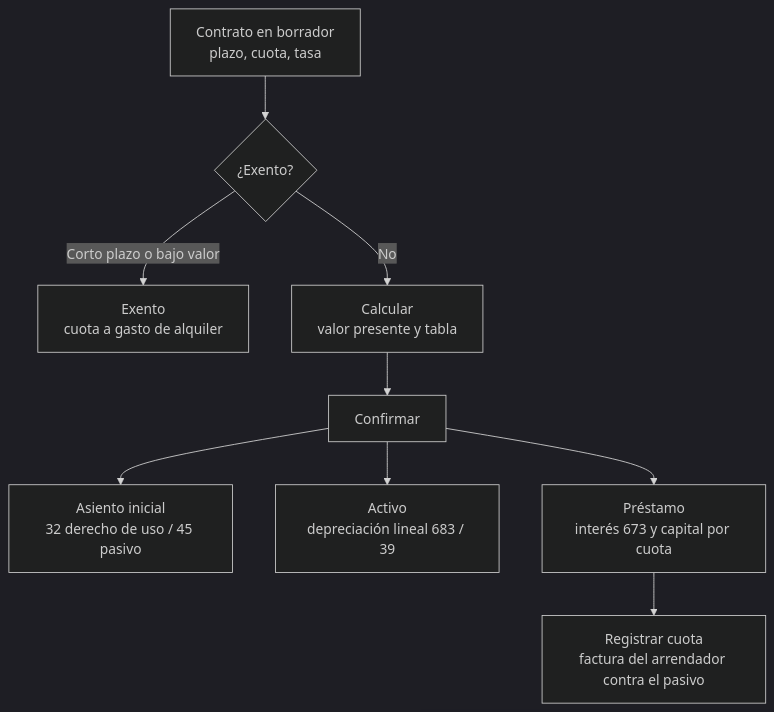
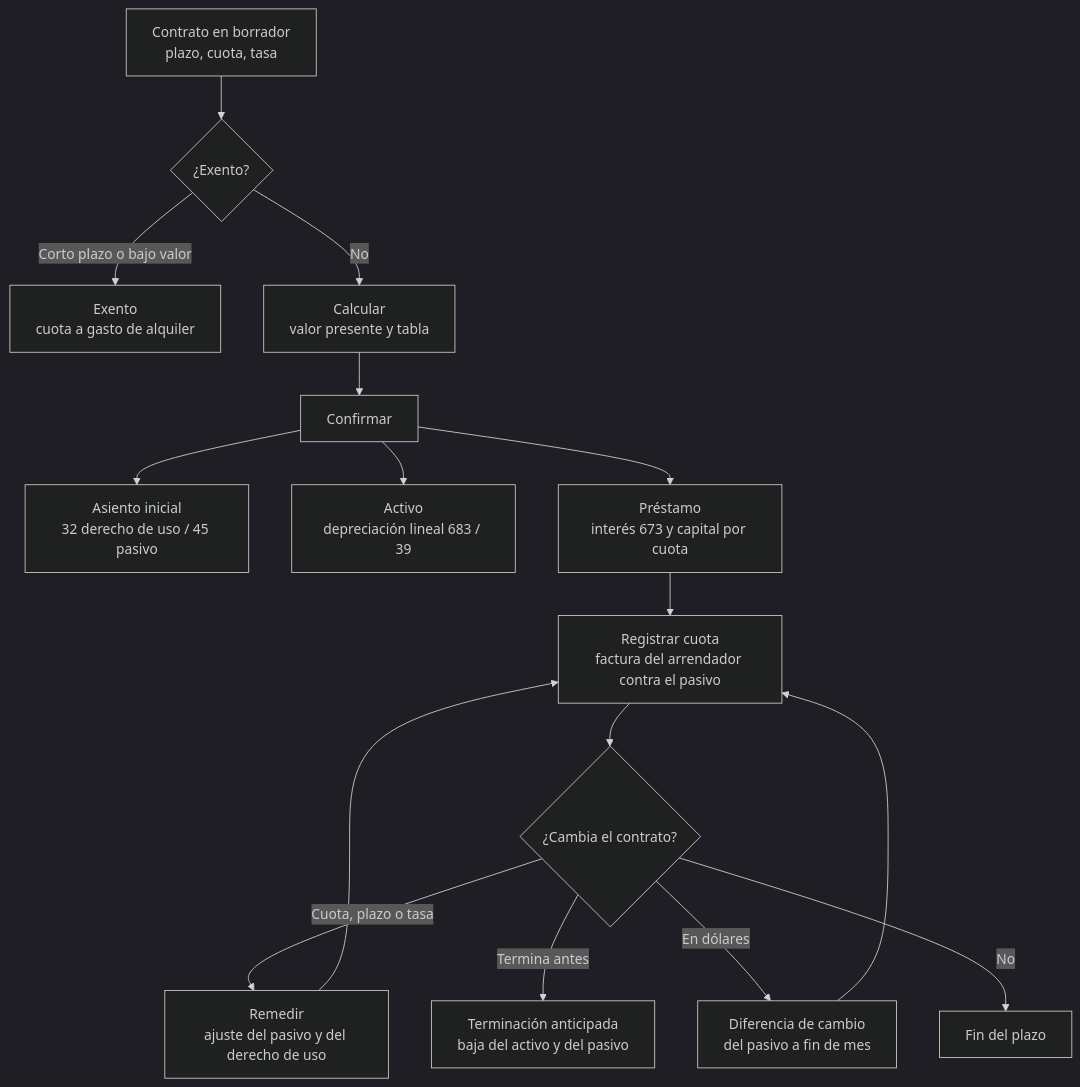
The diagram in OL-ACCOUNTING/al_l10n_pe_lease/static/description/diagramas/arrendamiento.mmd (olanoit/ol_new_apps), drawn with Mermaid (dark theme) before and after one commit. The commit also changed 126 other files, not shown here.

```diff
--- a/OL-ACCOUNTING/al_l10n_pe_lease/static/description/diagramas/arrendamiento.mmd
+++ b/OL-ACCOUNTING/al_l10n_pe_lease/static/description/diagramas/arrendamiento.mmd
@@ -1,9 +1,16 @@
 flowchart TD
   A[Contrato en borrador<br/>plazo, cuota, tasa] --> B{¿Exento?}
   B -- Corto plazo o bajo valor --> C[Exento<br/>cuota a gasto de alquiler]
   B -- No --> D[Calcular<br/>valor presente y tabla]
   D --> E[Confirmar]
   E --> F[Asiento inicial<br/>32 derecho de uso / 45 pasivo]
   E --> G[Activo<br/>depreciación lineal 683 / 39]
   E --> H[Préstamo<br/>interés 673 y capital por cuota]
   H --> I[Registrar cuota<br/>factura del arrendador contra el pasivo]
+  I --> J{¿Cambia el contrato?}
+  J -- Cuota, plazo o tasa --> K[Remedir<br/>ajuste del pasivo y del derecho de uso]
+  J -- Termina antes --> L[Terminación anticipada<br/>baja del activo y del pasivo]
+  J -- En dólares --> M[Diferencia de cambio<br/>del pasivo a fin de mes]
+  J -- No --> N[Fin del plazo]
+  K --> I
+  M --> I
```
